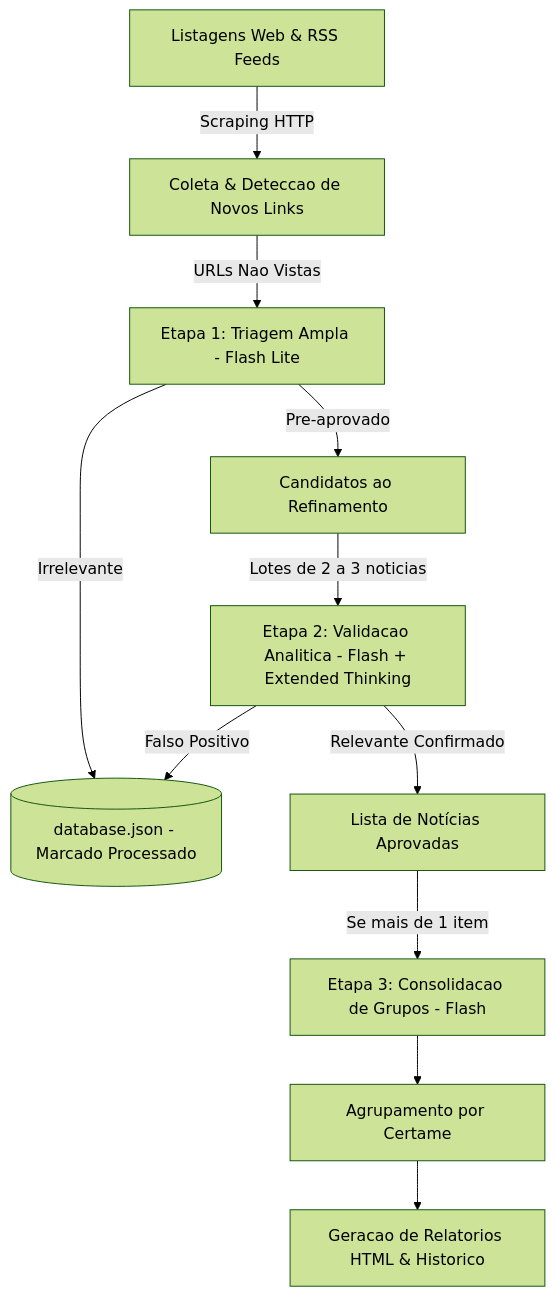
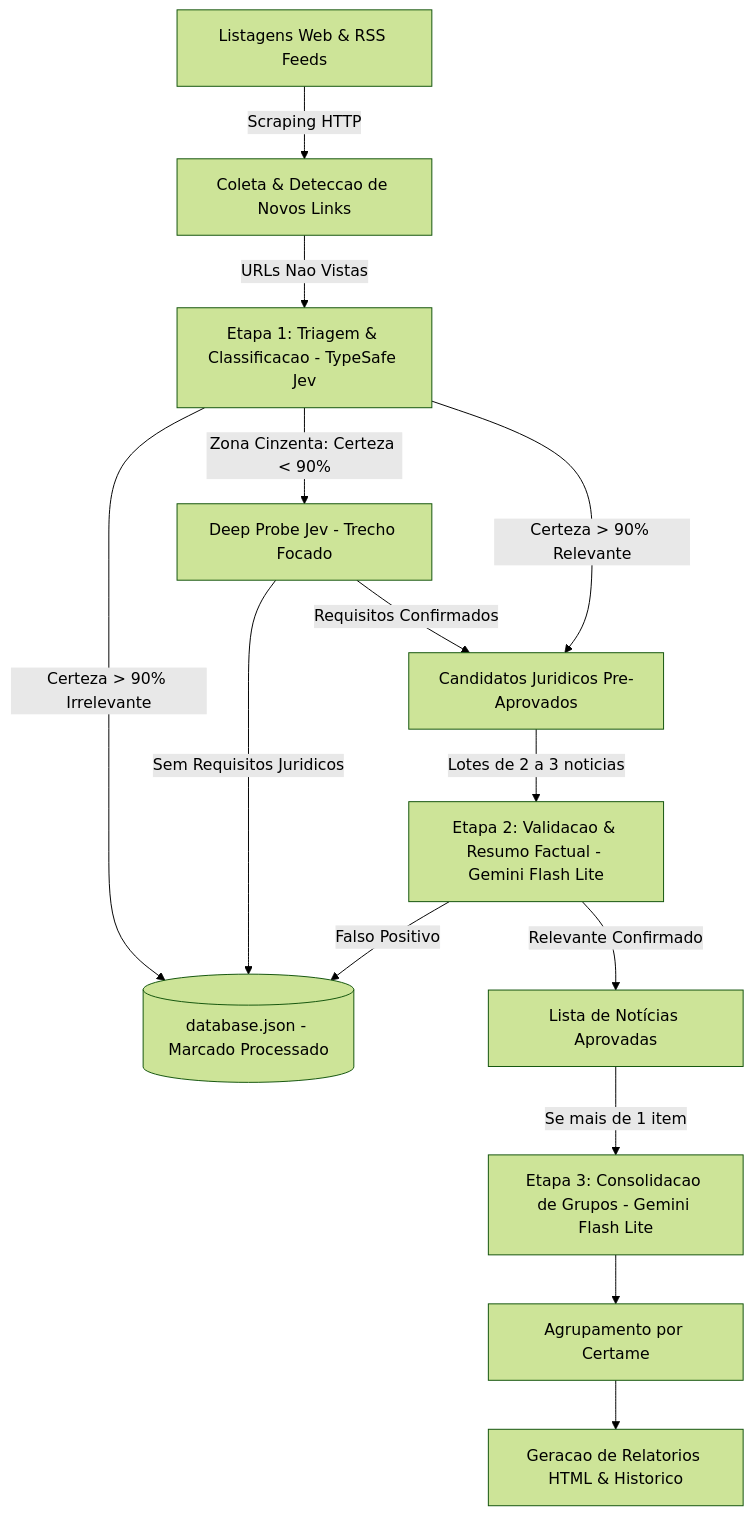
One commit to paulodantasii/curadoria-carreiras-juridicas changed the diagram in DEVGUIDE.md. Above: the diagram before and after it, drawn with Mermaid (forest theme). The commit also changed other lines of this file and 9 other files, not shown here.

Commit message:
feat: integracao com TypeSafe Jev para triagem e Gemini Flash Lite para resumos

````diff
--- a/DEVGUIDE.md
+++ b/DEVGUIDE.md
@@ -11,13 +11,16 @@
 ```mermaid
 graph TD
     A[Listagens Web & RSS Feeds] -->|Scraping HTTP| B[Coleta & Deteccao de Novos Links]
-    B -->|URLs Nao Vistas| C[Etapa 1: Triagem Ampla - Flash Lite]
-    C -->|Irrelevante| D[(database.json - Marcado Processado)]
-    C -->|Pre-aprovado| E[Candidatos ao Refinamento]
-    E -->|Lotes de 2 a 3 noticias| F[Etapa 2: Validacao Analitica - Flash + Extended Thinking]
-    F -->|Falso Positivo| D
-    F -->|Relevante Confirmado| G[Lista de Notícias Aprovadas]
-    G -->|Se mais de 1 item| H[Etapa 3: Consolidacao de Grupos - Flash]
-    H --> I[Agrupamento por Certame]
-    I --> J[Geracao de Relatorios HTML & Historico]
+    B -->|URLs Nao Vistas| C[Etapa 1: Triagem & Classificacao - TypeSafe Jev]
+    C -->|Certeza > 90% Irrelevante| D[(database.json - Marcado Processado)]
+    C -->|Zona Cinzenta: Certeza < 90%| E[Deep Probe Jev - Trecho Focado]
+    E -->|Sem Requisitos Juridicos| D
+    E -->|Requisitos Confirmados| F[Candidatos Juridicos Pre-Aprovados]
+    C -->|Certeza > 90% Relevante| F
+    F -->|Lotes de 2 a 3 noticias| G[Etapa 2: Validacao & Resumo Factual - Gemini Flash Lite]
+    G -->|Falso Positivo| D
+    G -->|Relevante Confirmado| H[Lista de Notícias Aprovadas]
+    H -->|Se mais de 1 item| I[Etapa 3: Consolidacao de Grupos - Gemini Flash Lite]
+    I --> J[Agrupamento por Certame]
+    J --> K[Geracao de Relatorios HTML & Historico]
 ```
````
